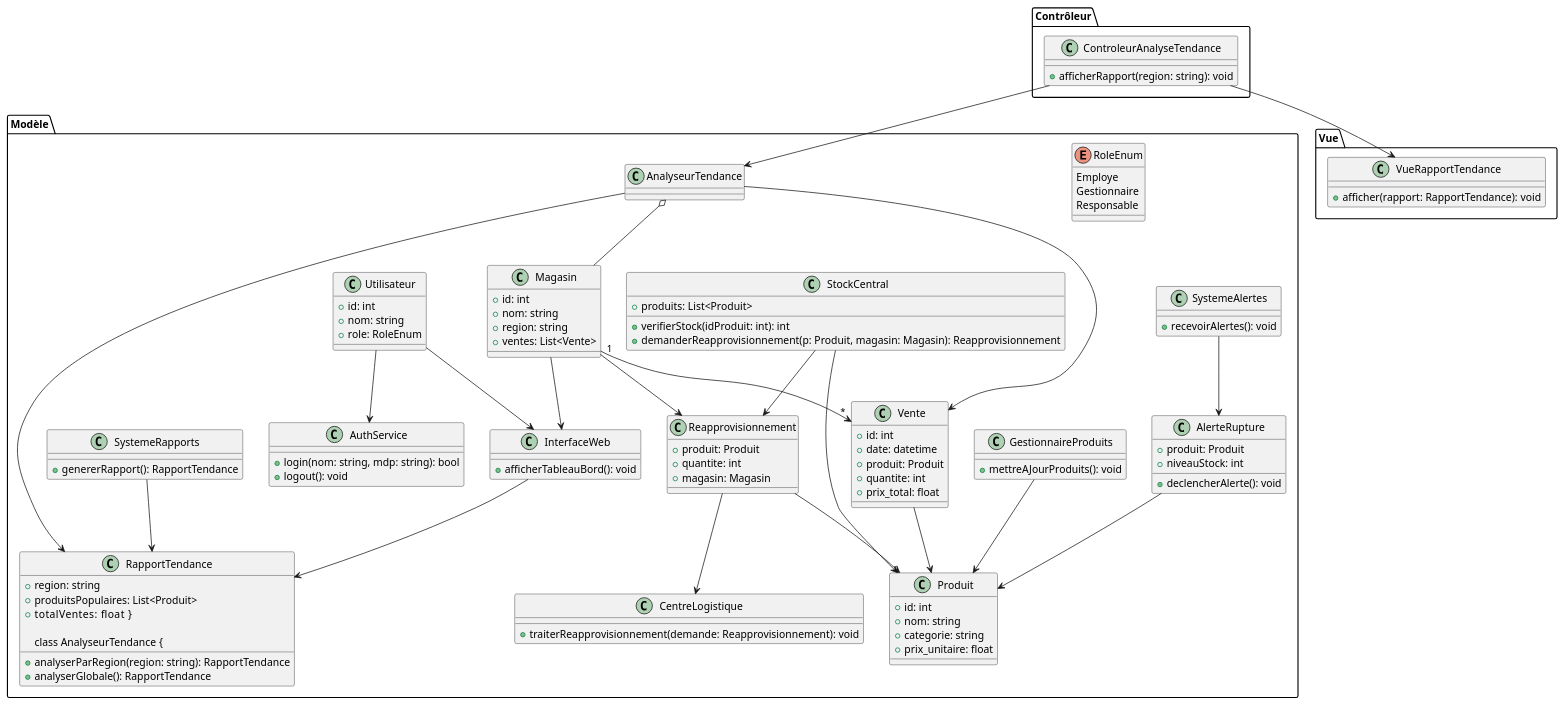
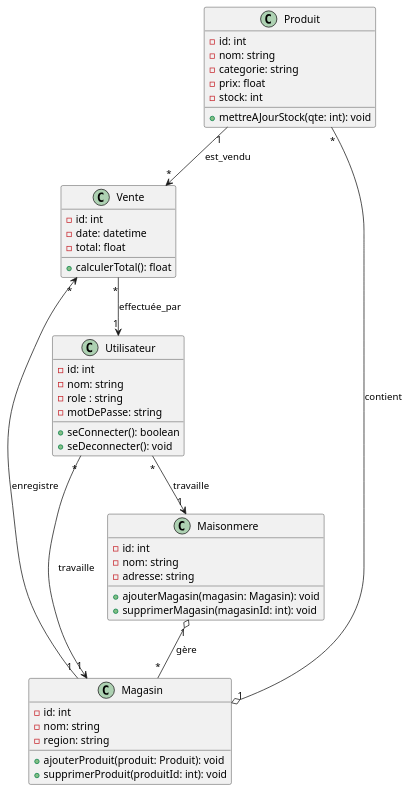
Before and after one commit to eusebe13/labo2_Log430: the diagram in docs/uml/code/diagramme-de-classe.puml, drawn with PlantUML. The commit also changed 27 other files, not shown here.

```diff
--- a/docs/uml/code/diagramme-de-classe.puml
+++ b/docs/uml/code/diagramme-de-classe.puml
@@ -1,133 +1,54 @@
-@startuml
+@startuml class-pos
 
-' ======== Modèle ========
-package "Modèle" {
-
-    class Utilisateur {
-        +id: int
-        +nom: string
-        +role: RoleEnum
-    }
-
-    enum RoleEnum {
-        Employe
-        Gestionnaire
-        Responsable
-    }
-
-    class AuthService {
-        +login(nom: string, mdp: string): bool
-        +logout(): void
-    }
-
-    class Magasin {
-        +id: int
-        +nom: string
-        +region: string
-        +ventes: List<Vente>
-    }
-
-    class Vente {
-        +id: int
-        +date: datetime
-        +produit: Produit
-        +quantite: int
-        +prix_total: float
-    }
-
-    class Produit {
-        +id: int
-        +nom: string
-        +categorie: string
-        +prix_unitaire: float
-    }
-
-    class RapportTendance {
-        +region: string
-        +produitsPopulaires: List<Produit>
-        +totalVentes: float    }
-
-    class AnalyseurTendance {
-        +analyserParRegion(region: string): RapportTendance
-        +analyserGlobale(): RapportTendance
-    }
-
-    class StockCentral {
-        +produits: List<Produit>
-        +verifierStock(idProduit: int): int
-        +demanderReapprovisionnement(p: Produit, magasin: Magasin): Reapprovisionnement
-    }
-
-    class Reapprovisionnement {
-        +produit: Produit
-        +quantite: int
-        +magasin: Magasin
-    }
-
-    class AlerteRupture {
-        +produit: Produit
-        +niveauStock: int
-        +declencherAlerte(): void
-    }
-
-    class CentreLogistique {
-        +traiterReapprovisionnement(demande: Reapprovisionnement): void
-    }
-
-    class GestionnaireProduits {
-        +mettreAJourProduits(): void
-    }
-
-    class SystemeAlertes {
-        +recevoirAlertes(): void
-    }
-
-    class SystemeRapports {
-        +genererRapport(): RapportTendance
-    }
-
-    class InterfaceWeb {
-        +afficherTableauBord(): void
-    }
-
-    ' Associations
-    Magasin "1" --> "*" Vente
-    Vente --> Produit
-    AnalyseurTendance --> Vente
-    AnalyseurTendance o-- Magasin
-    AnalyseurTendance --> RapportTendance
-
-    Magasin --> Reapprovisionnement
-    Magasin --> InterfaceWeb
-    StockCentral --> Produit
-    StockCentral --> Reapprovisionnement
-    Reapprovisionnement --> Produit
-    Reapprovisionnement --> CentreLogistique
-    AlerteRupture --> Produit
-    SystemeRapports --> RapportTendance
-    SystemeAlertes --> AlerteRupture
-    GestionnaireProduits --> Produit
-    InterfaceWeb --> RapportTendance
-    Utilisateur --> AuthService
-    Utilisateur --> InterfaceWeb
+class Produit {
+  - id: int
+  - nom: string
+  - categorie: string
+  - prix: float
+  - stock: int
+  + mettreAJourStock(qte: int): void
 }
 
-' ======== Contrôleur ========
-package "Contrôleur" {
-    class ControleurAnalyseTendance {
-        +afficherRapport(region: string): void
-    }
-
-    ControleurAnalyseTendance --> AnalyseurTendance
+class Magasin {
+  - id: int
+  - nom: string
+  - region: string
+  + ajouterProduit(produit: Produit): void
+  + supprimerProduit(produitId: int): void
 }
 
-' ======== Vue ========
-package "Vue" {
-    class VueRapportTendance {
-        +afficher(rapport: RapportTendance): void
-    }
-
-    ControleurAnalyseTendance --> VueRapportTendance
+class Maisonmere {
+  - id: int
+  - nom: string
+  - adresse: string
+  + ajouterMagasin(magasin: Magasin): void
+  + supprimerMagasin(magasinId: int): void
 }
 
+class Utilisateur {
+  - id: int
+  - nom: string
+  - role : string
+  - motDePasse: string
+  + seConnecter(): boolean
+  + seDeconnecter(): void
+}
+
+class Vente {
+  - id: int
+  - date: datetime
+  - total: float
+  + calculerTotal(): float
+}
+
+' === Relations ===
+
+Maisonmere "1" o-- "*" Magasin : gère
+Magasin "1" o-- "*" Produit : contient
+Magasin "1" --> "*" Vente : enregistre
+Produit "1" --> "*" Vente : est_vendu
+Utilisateur "*" --> "1" Magasin : travaille
+Utilisateur "*" --> "1" Maisonmere : travaille
+Vente "*" --> "1" Utilisateur : effectuée_par
+
 @enduml
```
